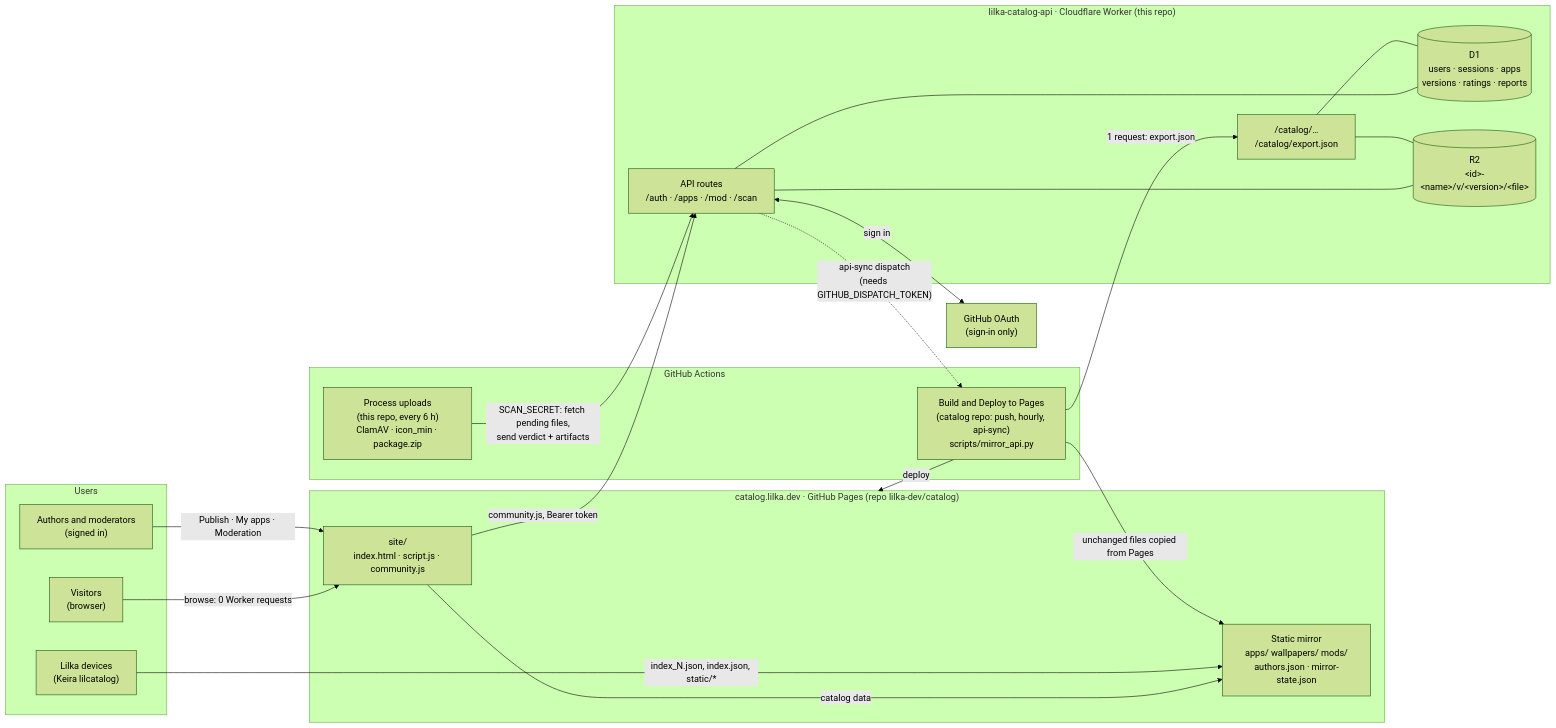
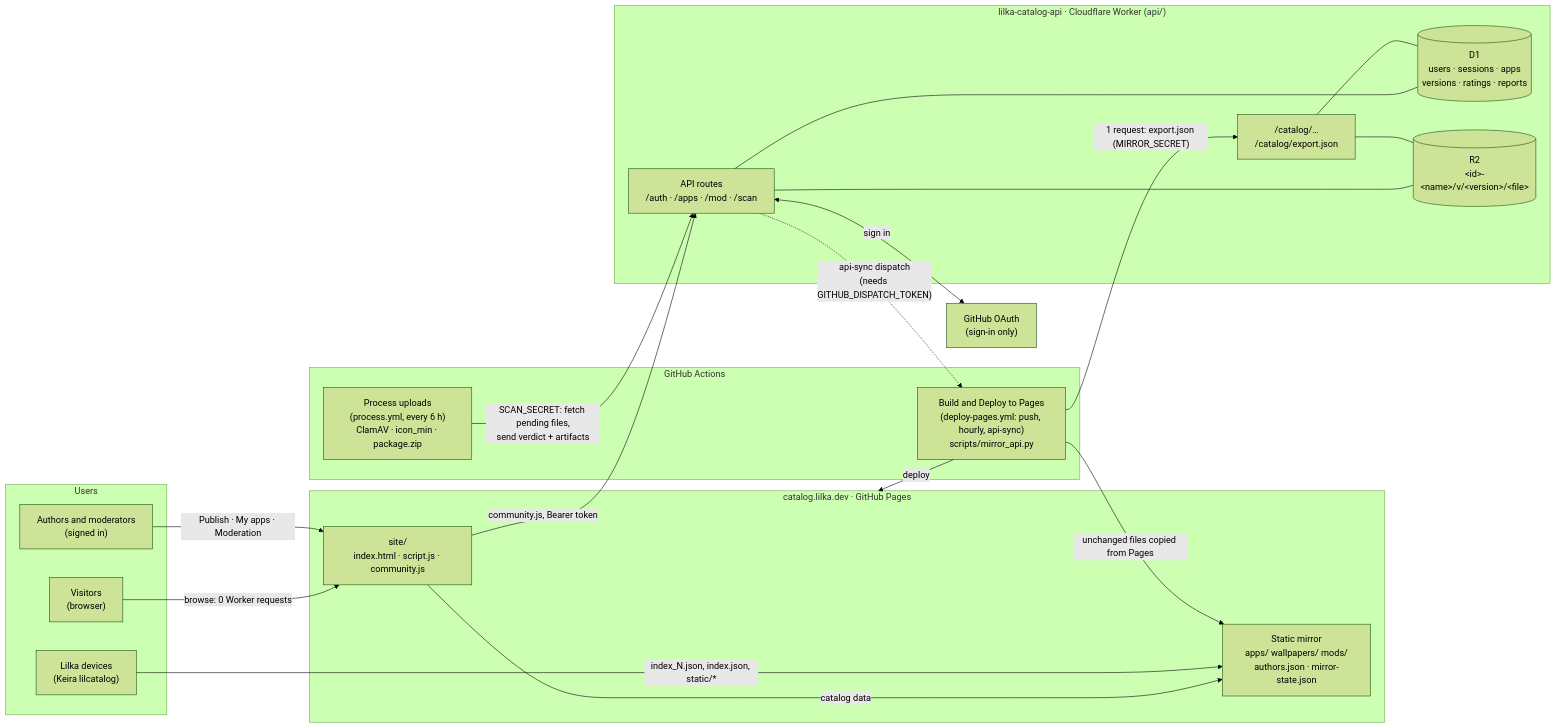
The first of 3 diagrams in api/README.md (lilka-dev/catalog), drawn with Mermaid (forest theme) before and after one commit. The commit also changed other lines of this file and 22 other files, not shown here.

First line of the commit message:
feat: harden the API against floods; API, processing and CI in this repo

````diff
--- a/api/README.md
+++ b/api/README.md
@@ -9,45 +9,45 @@
 ```mermaid
 flowchart LR
     subgraph Users
         V["Visitors<br/>(browser)"]
         A["Authors and moderators<br/>(signed in)"]
         K["Lilka devices<br/>(Keira lilcatalog)"]
     end
 
-    subgraph Pages["catalog.lilka.dev · GitHub Pages (repo lilka-dev/catalog)"]
+    subgraph Pages["catalog.lilka.dev · GitHub Pages"]
         SITE["site/<br/>index.html · script.js · community.js"]
         MIRROR["Static mirror<br/>apps/ wallpapers/ mods/<br/>authors.json · mirror-state.json"]
     end
 
-    subgraph CF["lilka-catalog-api · Cloudflare Worker (this repo)"]
+    subgraph CF["lilka-catalog-api · Cloudflare Worker (api/)"]
         API["API routes<br/>/auth · /apps · /mod · /scan"]
         CAT["/catalog/…<br/>/catalog/export.json"]
         D1[("D1<br/>users · sessions · apps<br/>versions · ratings · reports")]
         R2[("R2<br/>&lt;id&gt;-&lt;name&gt;/v/&lt;version&gt;/&lt;file&gt;")]
     end
 
     subgraph GH["GitHub Actions"]
-        PROC["Process uploads<br/>(this repo, every 6 h)<br/>ClamAV · icon_min · package.zip"]
-        DEPLOY["Build and Deploy to Pages<br/>(catalog repo: push, hourly, api-sync)<br/>scripts/mirror_api.py"]
+        PROC["Process uploads<br/>(process.yml, every 6 h)<br/>ClamAV · icon_min · package.zip"]
+        DEPLOY["Build and Deploy to Pages<br/>(deploy-pages.yml: push, hourly, api-sync)<br/>scripts/mirror_api.py"]
     end
 
     GITHUB["GitHub OAuth<br/>(sign-in only)"]
 
     V -->|"browse: 0 Worker requests"| SITE
     SITE -->|"catalog data"| MIRROR
     K -->|"index_N.json, index.json, static/*"| MIRROR
 
     A -->|"Publish · My apps · Moderation"| SITE
     SITE -->|"community.js, Bearer token"| API
     API <-->|"sign in"| GITHUB
     API --- D1
     API --- R2
     CAT --- D1
     CAT --- R2
 
     PROC -->|"SCAN_SECRET: fetch pending files,<br/>send verdict + artifacts"| API
-    DEPLOY -->|"1 request: export.json"| CAT
+    DEPLOY -->|"1 request: export.json (MIRROR_SECRET)"| CAT
     DEPLOY -->|"unchanged files copied from Pages"| MIRROR
     DEPLOY -->|"deploy"| Pages
     API -.->|"api-sync dispatch<br/>(needs GITHUB_DISPATCH_TOKEN)"| DEPLOY
 ```
````
